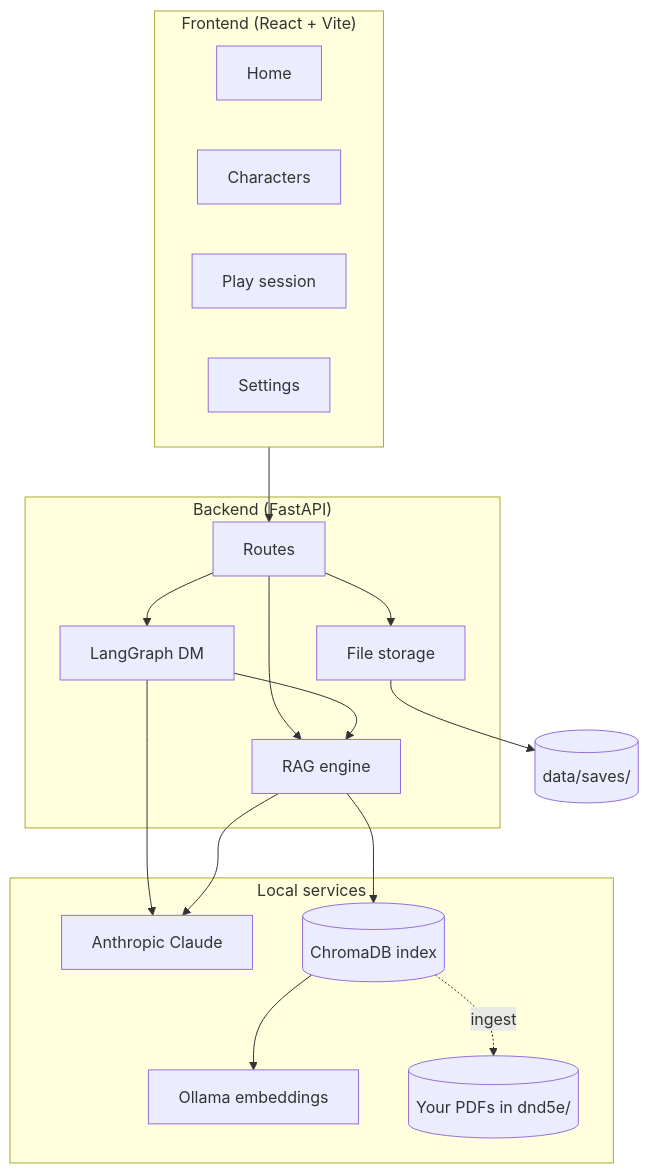
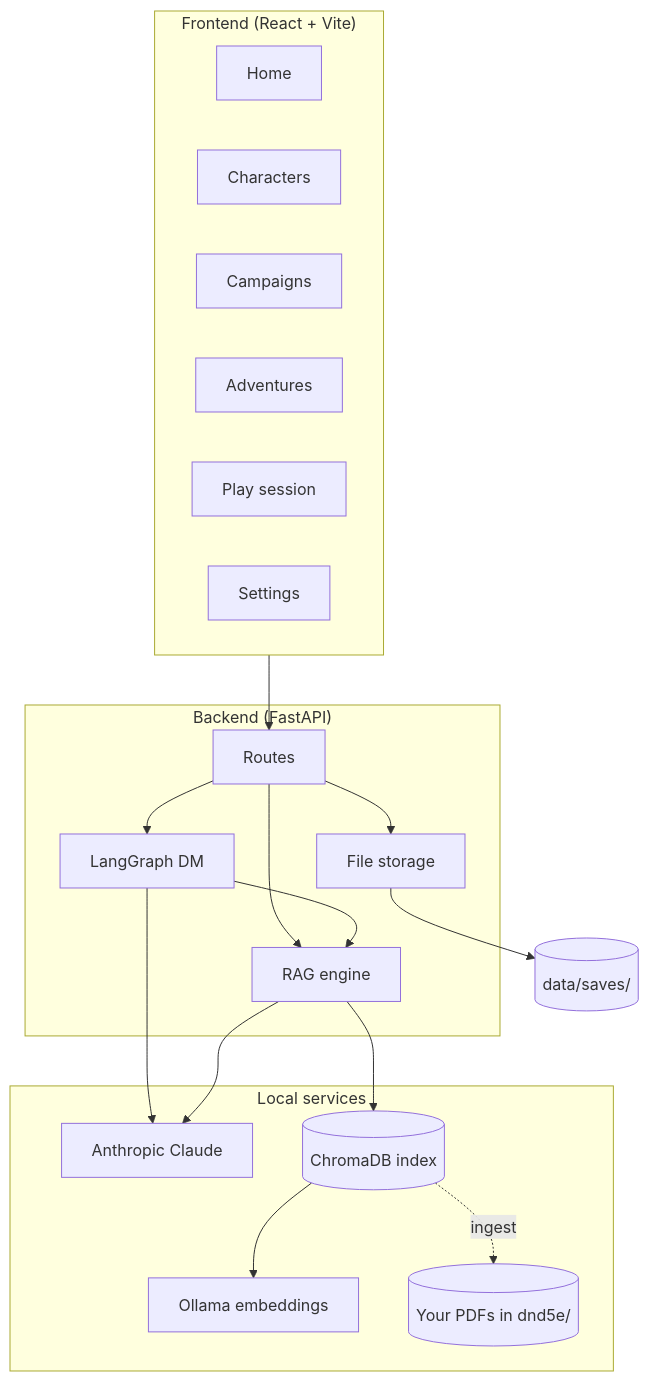
One commit to Celssi/auto-dm changed the first of 4 diagrams in README.md. Above: the diagram before and after it, drawn with Mermaid. The commit also changed other lines of this file, not shown here.

First line of the commit message:
Update README to match current architecture and features.

````diff
--- a/README.md
+++ b/README.md
@@ -27,35 +32,37 @@
 ```mermaid
 flowchart TB
     subgraph UI["Frontend (React + Vite)"]
         Home[Home]
         Chars[Characters]
+        Camps[Campaigns]
+        Advs[Adventures]
         Play[Play session]
         Settings[Settings]
     end
 
     subgraph API["Backend (FastAPI)"]
         Routes[Routes]
         DM[LangGraph DM]
         RAG[RAG engine]
         Store[File storage]
     end
 
     subgraph Local["Local services"]
         Claude[Anthropic Claude]
         Ollama[Ollama embeddings]
         Chroma[(ChromaDB index)]
         PDFs[(Your PDFs in dnd5e/)]
     end
 
     UI --> Routes
     Routes --> DM
     Routes --> RAG
     Routes --> Store
     DM --> Claude
     DM --> RAG
     RAG --> Chroma
     RAG --> Claude
     Chroma --> Ollama
     Chroma -. ingest .-> PDFs
     Store --> data[(data/saves/)]
 ```
````
